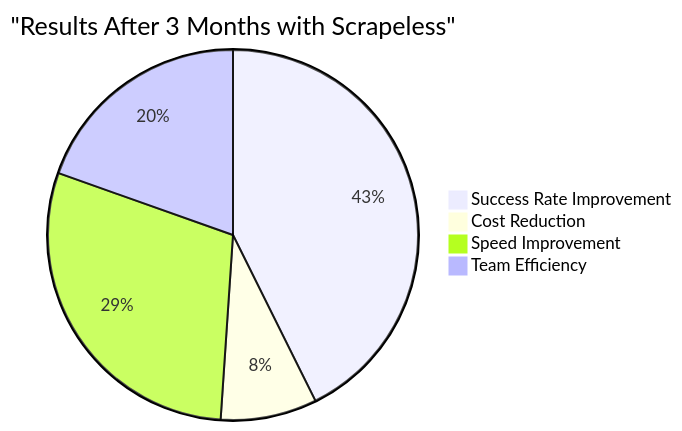
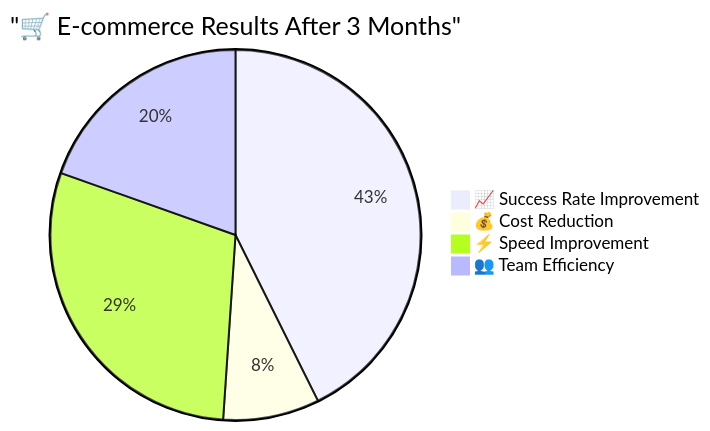
Before and after one commit to itsOwen/scrapeless: the tenth of 10 diagrams in README.md, drawn with Mermaid. The commit also changed other lines of this file, not shown here.

````diff
--- a/README.md
+++ b/README.md
@@ -1289,7 +1537,7 @@
 ```mermaid
-pie title "Results After 3 Months with Scrapeless"
-    "Success Rate Improvement" : 340
-    "Cost Reduction" : 67
-    "Speed Improvement" : 234
-    "Team Efficiency" : 156
+pie title "🛒 E-commerce Results After 3 Months"
+    "📈 Success Rate Improvement" : 340
+    "💰 Cost Reduction" : 67
+    "⚡ Speed Improvement" : 234
+    "👥 Team Efficiency" : 156
 ```
````
